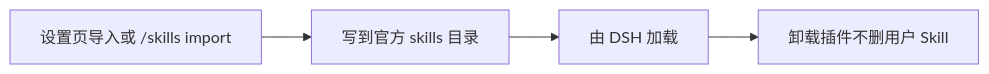
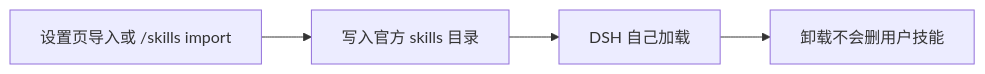
One commit to jmx124112/dsh-purge-selfhost changed the third of 3 diagrams in README.zh-CN.md. Above: the diagram before and after it, drawn with Mermaid. The commit also changed other lines of this file and 4 other files, not shown here.

````diff
--- a/README.zh-CN.md
+++ b/README.zh-CN.md
@@ -703,6 +100,6 @@
 ```mermaid
 flowchart LR
-  A["设置页导入或 /skills import"] --> B["写到官方 skills 目录"]
-  B --> C["由 DSH 加载"]
-  C --> D["卸载插件不删用户 Skill"]
+  A["设置页导入或 /skills import"] --> B["写入官方 skills 目录"]
+  B --> C["DSH 自己加载"]
+  C --> D["卸载不会删用户技能"]
 ```
````
